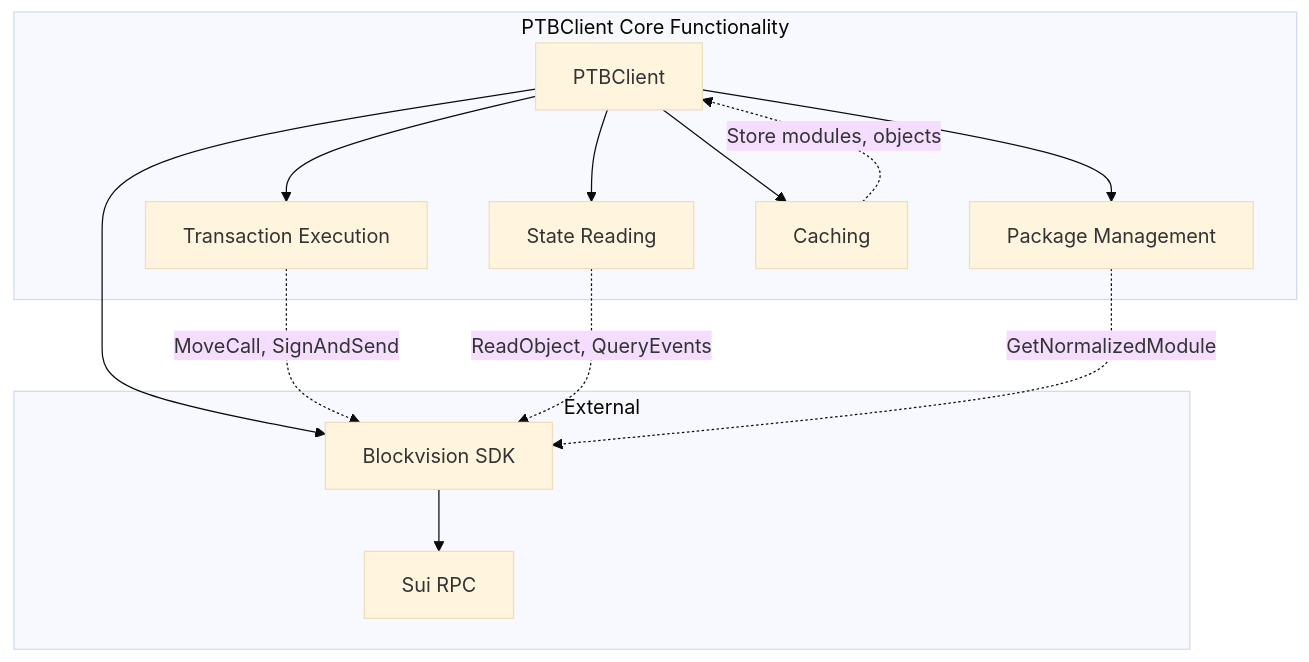
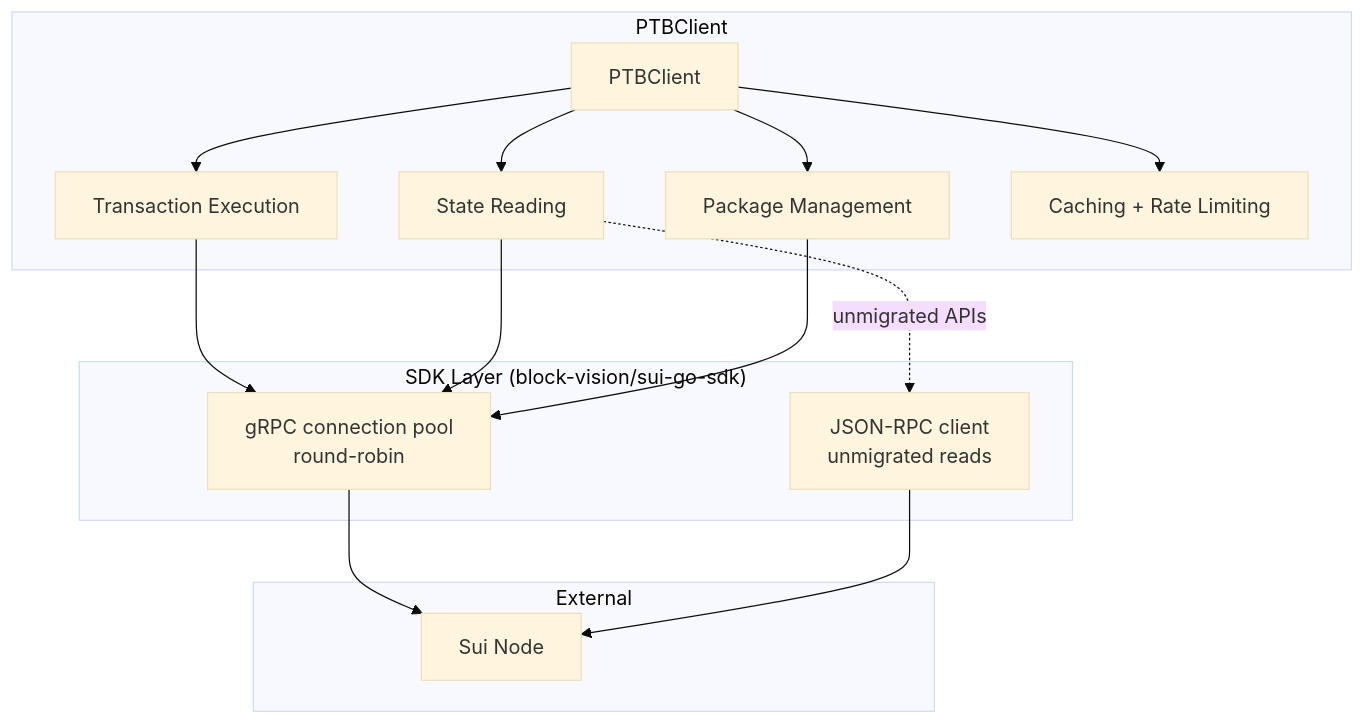
One commit to smartcontractkit/chainlink-sui changed the diagram in documentation/relayer/ptb-client.md. Above: the diagram before and after it, drawn with Mermaid (base theme). The commit also changed other lines of this file and 7 other files, not shown here.

````diff
--- a/documentation/relayer/ptb-client.md
+++ b/documentation/relayer/ptb-client.md
@@ -20,32 +25,32 @@
 ```mermaid
 graph TB
-    subgraph "PTBClient Core Functionality"
+    subgraph "PTBClient"
         PC[PTBClient]
-        
         TX[Transaction Execution]
         READ[State Reading]
         PKG[Package Management]
-        CACHE[Caching]
+        CACHE[Caching + Rate Limiting]
     end
-    
+
+    subgraph "SDK Layer (block-vision/sui-go-sdk)"
+        POOL[gRPC connection pool<br/>round-robin]
+        JSON[JSON-RPC client<br/>unmigrated reads]
+    end
+
     subgraph "External"
-        SDK[Blockvision SDK]
-        RPC[Sui RPC]
+        NODE[Sui Node]
     end
-    
-    %% Core functionality
+
     PC --> TX
     PC --> READ
     PC --> PKG
     PC --> CACHE
-    
-    %% External connections
-    PC --> SDK
-    SDK --> RPC
-    
-    %% Functionality details
-    TX -.-> |MoveCall, SignAndSend| SDK
-    READ -.-> |ReadObject, QueryEvents| SDK
-    PKG -.-> |GetNormalizedModule| SDK
-    CACHE -.-> |Store modules, objects| PC
+
+    TX --> POOL
+    READ --> POOL
+    PKG --> POOL
+    READ -.-> |unmigrated APIs| JSON
+
+    POOL --> NODE
+    JSON --> NODE
 ```
````
